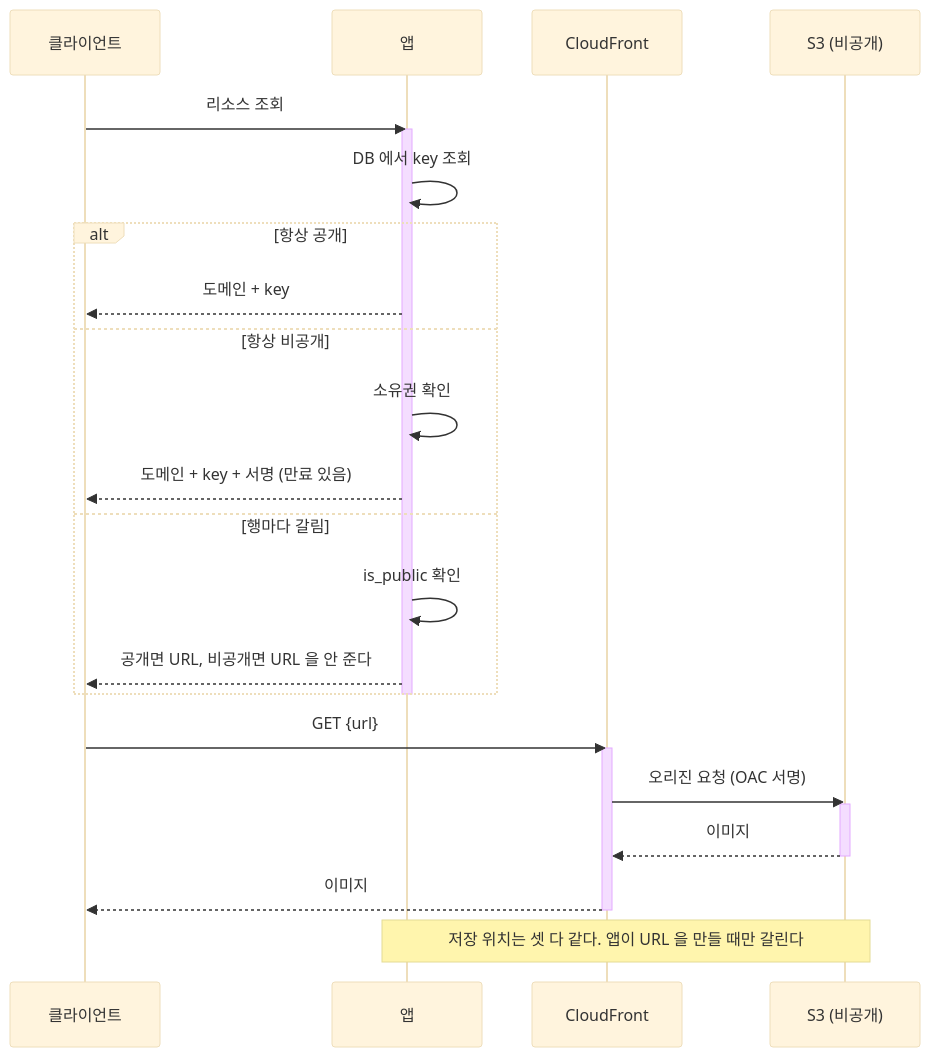
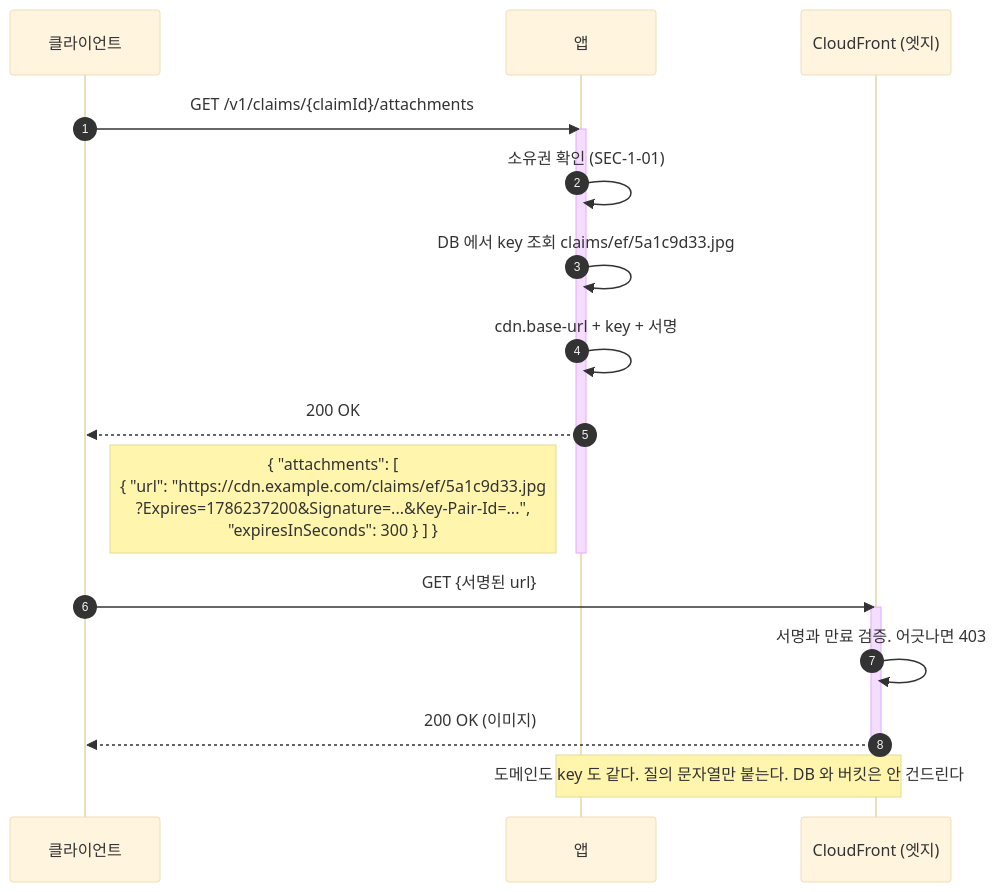
The sixth of 6 diagrams in docs/system-design/백엔드공통_이미지저장소_설계.md (LGU-2/infra), drawn with Mermaid (base theme) before and after one commit. The commit also changed other lines of this file, not shown here.

Commit message:
[Docs] 이미지 저장소 6장을 URL 생성과 요청 응답 중심으로 다시 작성

````diff
--- a/docs/system-design/백엔드공통_이미지저장소_설계.md
+++ b/docs/system-design/백엔드공통_이미지저장소_설계.md
@@ -241,33 +350,24 @@
 ```mermaid
 sequenceDiagram
+    autonumber
     participant C as 클라이언트
     participant A as 앱
-    participant F as CloudFront
-    participant S as S3 (비공개)
+    participant F as CloudFront (엣지)
 
-    C->>A: 리소스 조회
+    C->>A: GET /v1/claims/{claimId}/attachments
     activate A
-    A->>A: DB 에서 key 조회
-
-    alt 항상 공개
-        A-->>C: 도메인 + key
-    else 항상 비공개
-        A->>A: 소유권 확인
-        A-->>C: 도메인 + key + 서명 (만료 있음)
-    else 행마다 갈림
-        A->>A: is_public 확인
-        A-->>C: 공개면 URL, 비공개면 URL 을 안 준다
-    end
+    A->>A: 소유권 확인 (SEC-1-01)
+    A->>A: DB 에서 key 조회 claims/ef/5a1c9d33.jpg
+    A->>A: cdn.base-url + key + 서명
+    A-->>C: 200 OK
+    Note left of A: { "attachments": [<br/>{ "url": "https://cdn.example.com/claims/ef/5a1c9d33.jpg<br/>?Expires=1786237200&Signature=...&Key-Pair-Id=...",<br/>"expiresInSeconds": 300 } ] }
     deactivate A
 
-    C->>F: GET {url}
+    C->>F: GET {서명된 url}
     activate F
-    F->>S: 오리진 요청 (OAC 서명)
-    activate S
-    S-->>F: 이미지
-    deactivate S
-    F-->>C: 이미지
+    F->>F: 서명과 만료 검증. 어긋나면 403
+    F-->>C: 200 OK (이미지)
     deactivate F
 
-    Note over A,S: 저장 위치는 셋 다 같다. 앱이 URL 을 만들 때만 갈린다
+    Note over A,F: 도메인도 key 도 같다. 질의 문자열만 붙는다. DB 와 버킷은 안 건드린다
 ```
````
